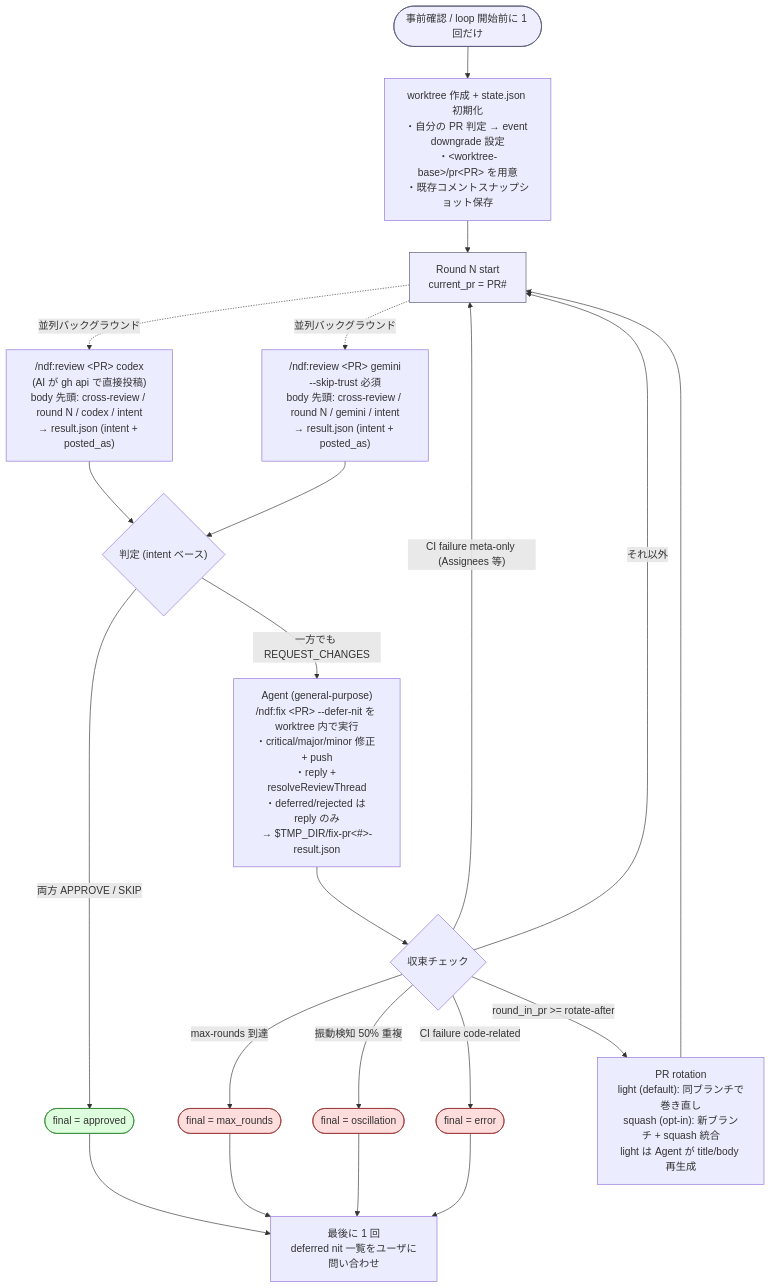
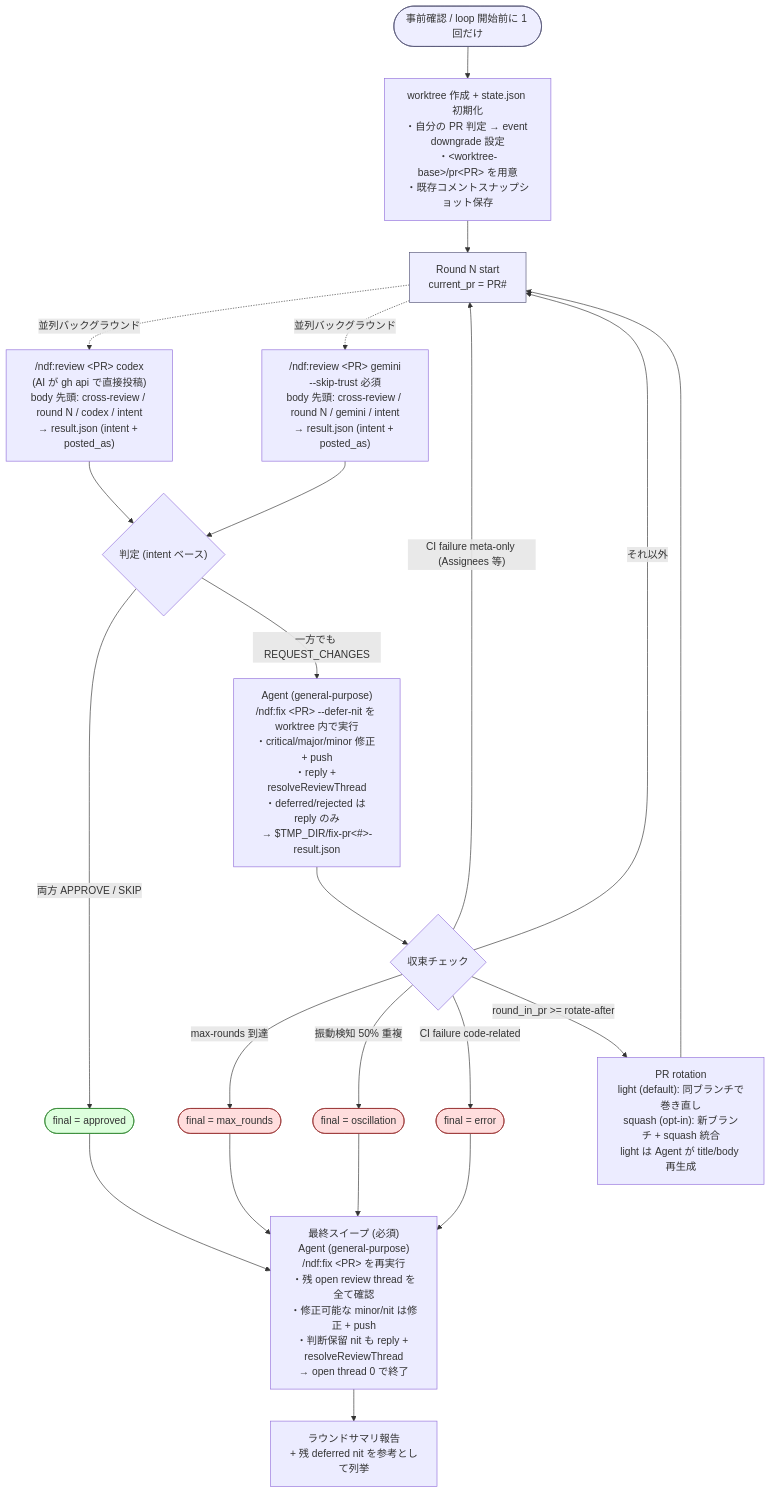
Before and after one commit to devbasex/ai-plugins: the diagram in plugins/ndf/skills/cross-review/SKILL.md, drawn with Mermaid. The commit also changed other lines of this file and 9 other files, not shown here.

````diff
--- a/plugins/ndf/skills/cross-review/SKILL.md
+++ b/plugins/ndf/skills/cross-review/SKILL.md
@@ -122,32 +123,33 @@
 ```mermaid
 flowchart TD
     Start([事前確認 / loop 開始前に 1 回だけ]):::phase --> Init["worktree 作成 + state.json 初期化<br/>・自分の PR 判定 → event downgrade 設定<br/>・&lt;worktree-base&gt;/pr&lt;PR&gt; を用意<br/>・既存コメントスナップショット保存"]
     Init --> Round["Round N start<br/>current_pr = PR#"]:::phase
 
     Round -.並列バックグラウンド.-> Codex["/ndf:review &lt;PR&gt; codex<br/>(AI が gh api で直接投稿)<br/>body 先頭: cross-review / round N / codex / intent<br/>→ result.json (intent + posted_as)"]
     Round -.並列バックグラウンド.-> Gemini["/ndf:review &lt;PR&gt; gemini<br/>--skip-trust 必須<br/>body 先頭: cross-review / round N / gemini / intent<br/>→ result.json (intent + posted_as)"]
 
     Codex --> Decide{"判定 (intent ベース)"}
     Gemini --> Decide
 
     Decide -->|両方 APPROVE / SKIP| Approved([final = approved]):::ok
     Decide -->|一方でも REQUEST_CHANGES| Fix["Agent (general-purpose)<br/>/ndf:fix &lt;PR&gt; --defer-nit を worktree 内で実行<br/>・critical/major/minor 修正 + push<br/>・reply + resolveReviewThread<br/>・deferred/rejected は reply のみ<br/>→ $TMP_DIR/fix-pr&lt;#&gt;-result.json"]
 
     Fix --> Check{収束チェック}
     Check -->|max-rounds 到達| MaxR([final = max_rounds]):::stop
     Check -->|振動検知 50% 重複| Osc([final = oscillation]):::stop
     Check -->|CI failure code-related| Err([final = error]):::stop
     Check -->|"CI failure meta-only (Assignees 等)"| Round
     Check -->|round_in_pr >= rotate-after| Rotate["PR rotation<br/>light (default): 同ブランチで巻き直し<br/>squash (opt-in): 新ブランチ + squash 統合<br/>light は Agent が title/body 再生成"]
     Check -->|それ以外| Round
     Rotate --> Round
 
-    Approved --> Nit[最後に 1 回<br/>deferred nit 一覧をユーザに問い合わせ]
-    MaxR --> Nit
-    Osc --> Nit
-    Err --> Nit
+    Approved --> Sweep["最終スイープ (必須)<br/>Agent (general-purpose)<br/>/ndf:fix &lt;PR&gt; を再実行<br/>・残 open review thread を全て確認<br/>・修正可能な minor/nit は修正 + push<br/>・判断保留 nit も reply + resolveReviewThread<br/>→ open thread 0 で終了"]
+    MaxR --> Sweep
+    Osc --> Sweep
+    Err --> Sweep
+    Sweep --> Report[ラウンドサマリ報告<br/>+ 残 deferred nit を参考として列挙]
 
     classDef phase fill:#eef,stroke:#557
     classDef ok fill:#dfd,stroke:#383
     classDef stop fill:#fdd,stroke:#933
 ```
````
